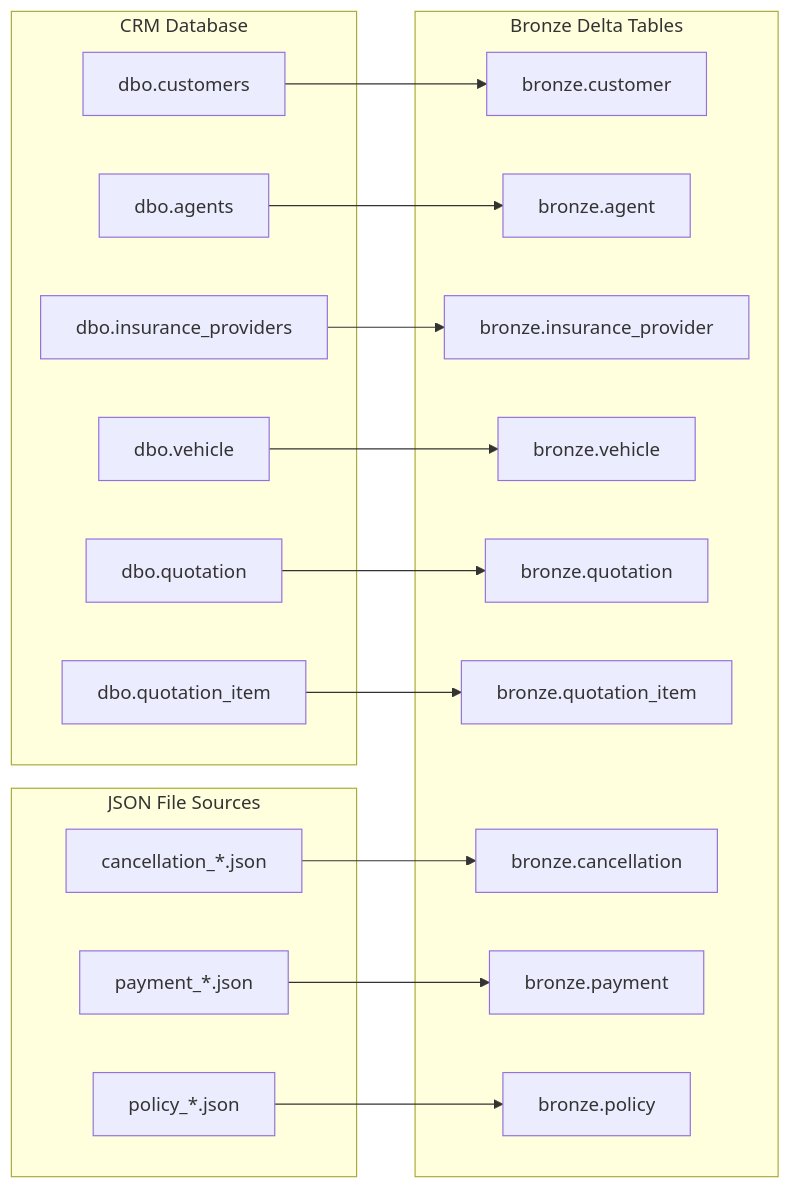
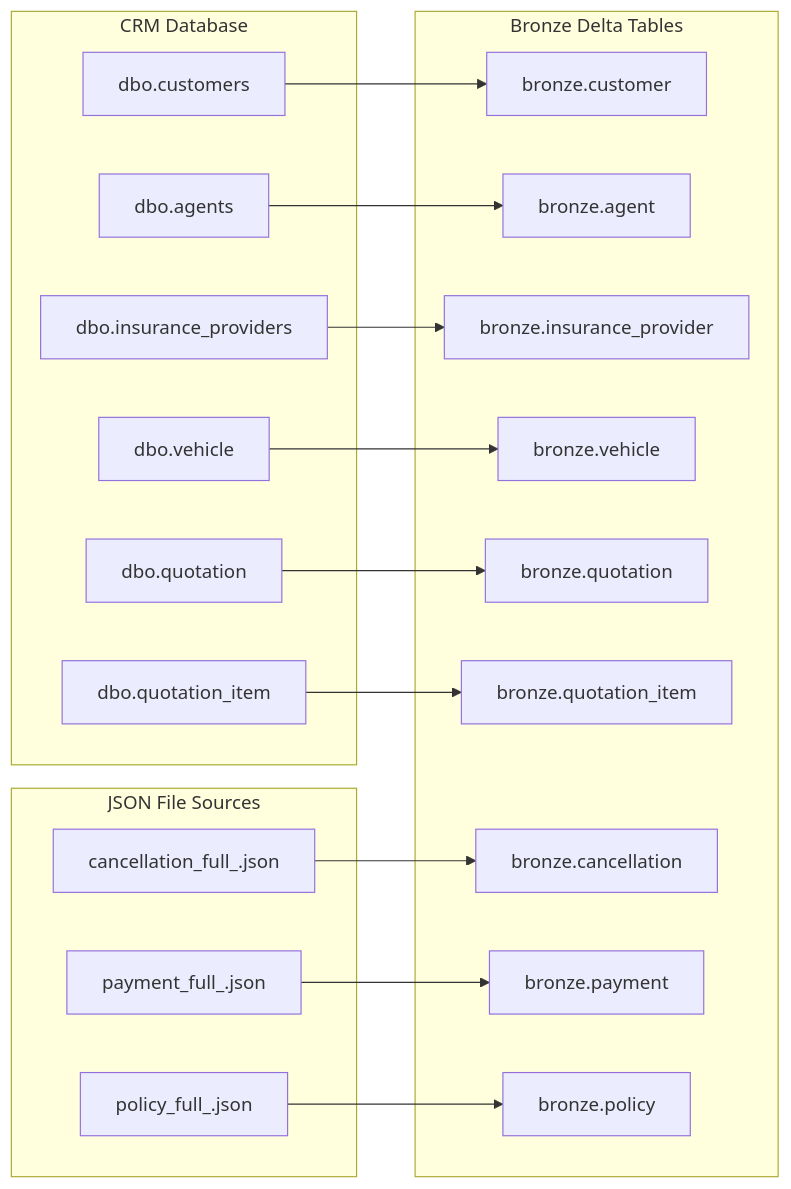
One commit to anhtnt90dev/rookies-data-dn-2026 changed the first of 2 diagrams in docs/source-to-target-mapping/source-to-bronze-mapping.md. Above: the diagram before and after it, drawn with Mermaid. The commit also changed other lines of this file and 1 other file, not shown here.

````diff
--- a/docs/source-to-target-mapping/source-to-bronze-mapping.md
+++ b/docs/source-to-target-mapping/source-to-bronze-mapping.md
@@ -15,39 +7,39 @@
 ```mermaid
 flowchart LR
     subgraph CRM["CRM Database"]
         CUST["dbo.customers"]
         AGT["dbo.agents"]
         PROV["dbo.insurance_providers"]
         VEH["dbo.vehicle"]
         QUO["dbo.quotation"]
         QI["dbo.quotation_item"]
     end
 
     subgraph JSON["JSON File Sources"]
-        CAN["cancellation_*.json"]
-        PAY["payment_*.json"]
-        POL["policy_*.json"]
+        CAN["cancellation_full_<yyyy-MM-dd>.json"]
+        PAY["payment_full_<yyyy-MM-dd>.json"]
+        POL["policy_full_<yyyy-MM-dd>.json"]
     end
 
     subgraph BRONZE["Bronze Delta Tables"]
         BCUST["bronze.customer"]
         BAGT["bronze.agent"]
         BPROV["bronze.insurance_provider"]
         BVEH["bronze.vehicle"]
         BQUO["bronze.quotation"]
         BQI["bronze.quotation_item"]
         BCAN["bronze.cancellation"]
         BPAY["bronze.payment"]
         BPOL["bronze.policy"]
     end
 
     CUST --> BCUST
     AGT --> BAGT
     PROV --> BPROV
     VEH --> BVEH
     QUO --> BQUO
     QI --> BQI
     CAN --> BCAN
     PAY --> BPAY
     POL --> BPOL
 ```
````
